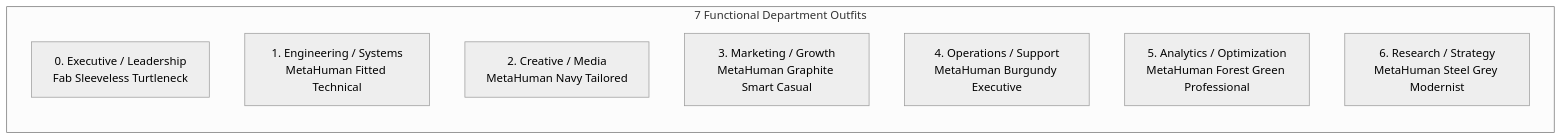
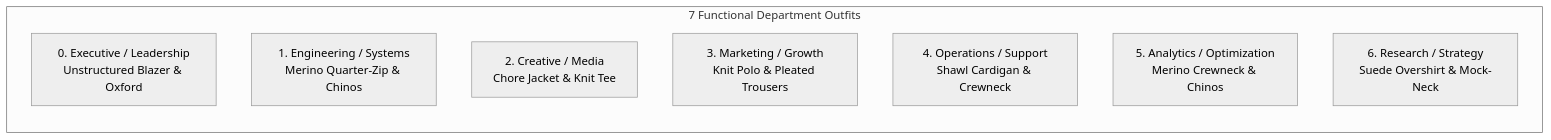
The second of 2 diagrams in docs/OFFICE_SIMULATION.md (Snapwave333/Clearly-Drawn-News), drawn with Mermaid (neutral theme) before and after one commit. The commit also changed other lines of this file and 6 other files, not shown here.

First line of the commit message:
feat(unreal): elevated smart casual wardrobe for MetaHumans

````diff
--- a/docs/OFFICE_SIMULATION.md
+++ b/docs/OFFICE_SIMULATION.md
@@ -47,12 +47,12 @@
 ```mermaid
 flowchart LR
     subgraph Outfits["7 Functional Department Outfits"]
-        O0["0. Executive / Leadership<br/>Fab Sleeveless Turtleneck"]
-        O1["1. Engineering / Systems<br/>MetaHuman Fitted Technical"]
-        O2["2. Creative / Media<br/>MetaHuman Navy Tailored"]
-        O3["3. Marketing / Growth<br/>MetaHuman Graphite Smart Casual"]
-        O4["4. Operations / Support<br/>MetaHuman Burgundy Executive"]
-        O5["5. Analytics / Optimization<br/>MetaHuman Forest Green Professional"]
-        O6["6. Research / Strategy<br/>MetaHuman Steel Grey Modernist"]
+        O0["0. Executive / Leadership<br/>Unstructured Blazer & Oxford"]
+        O1["1. Engineering / Systems<br/>Merino Quarter-Zip & Chinos"]
+        O2["2. Creative / Media<br/>Chore Jacket & Knit Tee"]
+        O3["3. Marketing / Growth<br/>Knit Polo & Pleated Trousers"]
+        O4["4. Operations / Support<br/>Shawl Cardigan & Crewneck"]
+        O5["5. Analytics / Optimization<br/>Merino Crewneck & Chinos"]
+        O6["6. Research / Strategy<br/>Suede Overshirt & Mock-Neck"]
     end
 ```
````
